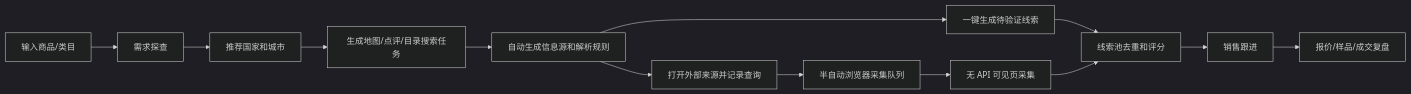
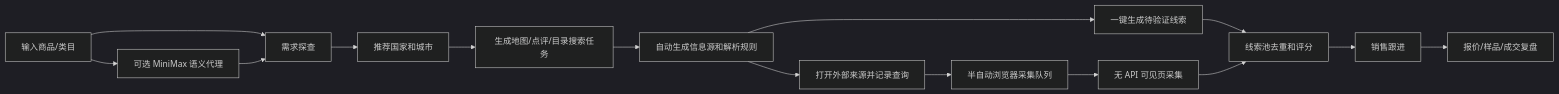
One commit to LeeTimeTrue1999/globaltrade-autopilot changed the diagram in docs/B2B_LEAD_GENERATION_PLAN.md. Above: the diagram before and after it, drawn with Mermaid (dark theme). The commit also changed other lines of this file and 7 other files, not shown here.

Commit message:
Add secure MiniMax demand understanding proxy

````diff
--- a/docs/B2B_LEAD_GENERATION_PLAN.md
+++ b/docs/B2B_LEAD_GENERATION_PLAN.md
@@ -22,15 +23,17 @@
 ```mermaid
 flowchart LR
   A["输入商品/类目"] --> B["需求探查"]
+  A --> M["可选 MiniMax 语义代理"]
+  M --> B
   B --> C["推荐国家和城市"]
   C --> D["生成地图/点评/目录搜索任务"]
   D --> E["自动生成信息源和解析规则"]
   E --> F["一键生成待验证线索"]
   E --> G["打开外部来源并记录查询"]
   G --> H["半自动浏览器采集队列"]
   H --> L["无 API 可见页采集"]
   F --> I["线索池去重和评分"]
   L --> I
   I --> J["销售跟进"]
   J --> K["报价/样品/成交复盘"]
 ```
````
